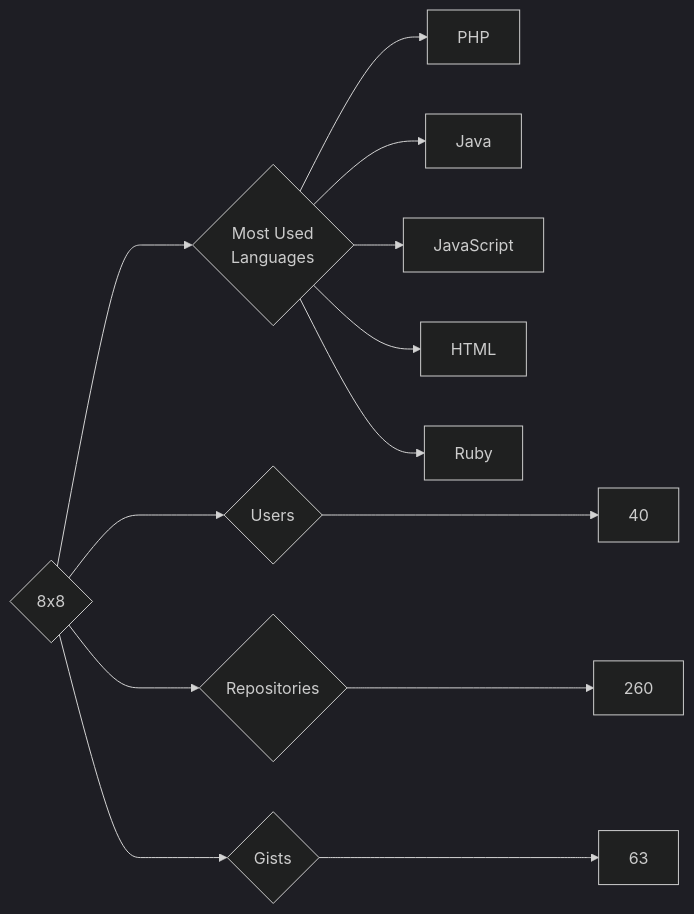
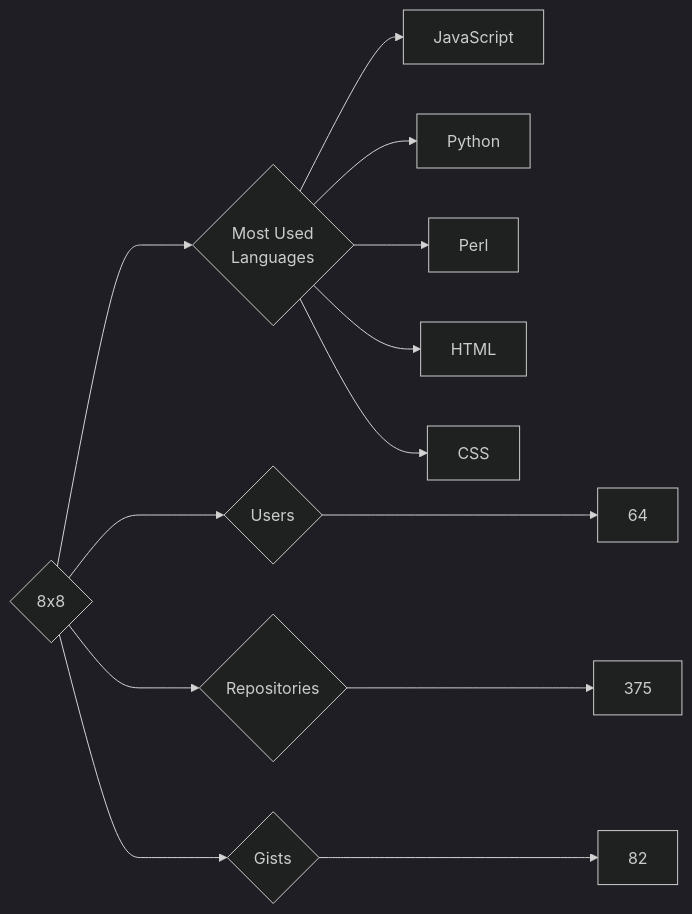
The diagram in targets/8x8/README.md (trickest/insiders), drawn with Mermaid (dark theme) before and after one commit. The commit also changed 1314 other files, not shown here.

````diff
--- a/targets/8x8/README.md
+++ b/targets/8x8/README.md
@@ -3,13 +3,13 @@
 ```mermaid
 graph LR
 COMPANY_NAME{8x8}
-COMPANY_NAME ---> U{Users} ---> UN[40]
-COMPANY_NAME ---> R{Repositories} ---> RN[260]
-COMPANY_NAME ---> G{Gists} ---> GN[63]
+COMPANY_NAME ---> U{Users} ---> UN[64]
+COMPANY_NAME ---> R{Repositories} ---> RN[375]
+COMPANY_NAME ---> G{Gists} ---> GN[82]
 COMPANY_NAME ---> ML{Most Used<br>Languages}
-ML --> PHP[PHP]
-ML --> Java[Java]
 ML --> JavaScript[JavaScript]
+ML --> Python[Python]
+ML --> Perl[Perl]
 ML --> HTML[HTML]
-ML --> Ruby[Ruby]
+ML --> CSS[CSS]
 ```
````
